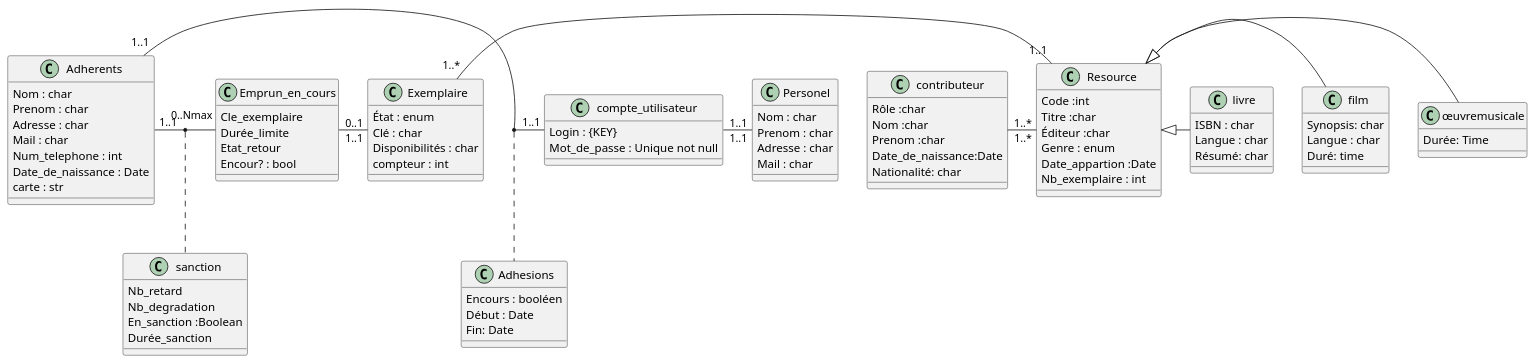
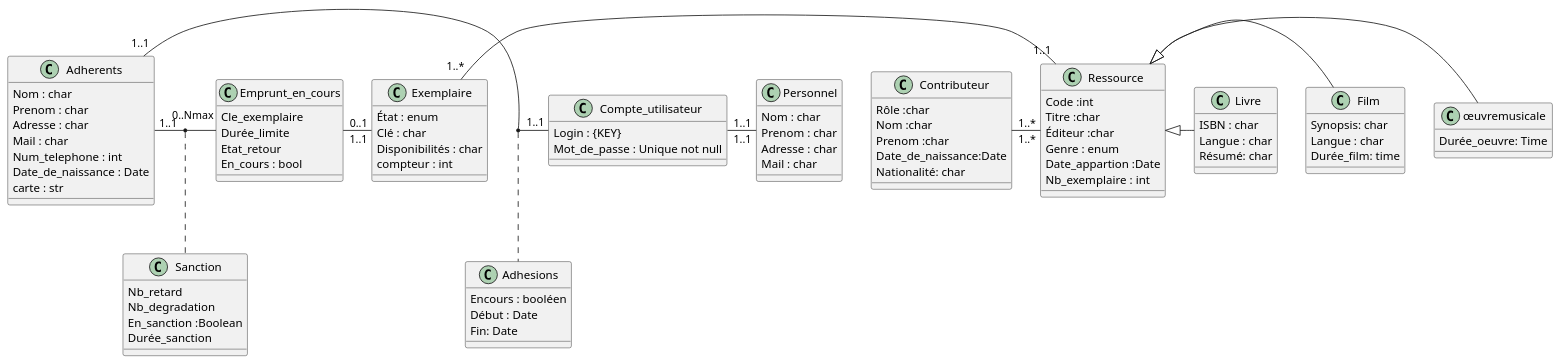
The diagram in Rendu1/UML.plantuml (opoussin/ProjetBDD_Gestion_Bibliotheque), drawn with PlantUML before and after one commit. The commit also changed 1 other file, not shown here.

Commit message:
Update Rendu1/NDC.md, Rendu1/UML.plantuml

```diff
--- a/Rendu1/UML.plantuml
+++ b/Rendu1/UML.plantuml
@@ -1,103 +1,103 @@
 @startuml
 class Adhesions {
 Encours : booléen 
 Début : Date
 Fin: Date
 }
 
 class Adherents{
 Nom : char
 Prenom : char 
 Adresse : char 
 Mail : char
 Num_telephone : int
 Date_de_naissance : Date
 carte : str 
 }
 
-class Personel{
+class Personnel{
 Nom : char
 Prenom : char 
 Adresse : char 
 Mail : char
 }
 
 class Exemplaire {
 État : enum
 Clé : char 
 Disponibilités : char 
 compteur : int 
 }
 
-Class Resource { 
+Class Ressource { 
 Code :int 
 Titre :char
 Éditeur :char
 Genre : enum
 Date_appartion :Date
 Nb_exemplaire : int
 }
 
 
 
-class livre {
+class Livre {
 ISBN : char
 Langue : char 
 Résumé: char 
 }
 
-class film {
+class Film {
 Synopsis: char
 Langue : char 
-Duré: time  
+Durée_film: time  
 }
 
 
 
 class œuvremusicale { 
-Durée: Time
+Durée_oeuvre: Time
 }
 
-Class compte_utilisateur{
+Class Compte_utilisateur{
 Login : {KEY}
 Mot_de_passe : Unique not null
 }
 
 
 
-Class sanction{
+Class Sanction{
 Nb_retard
 Nb_degradation 
 En_sanction :Boolean 
 Durée_sanction 
 }
 
 
 
-Class Emprun_en_cours{
+Class Emprunt_en_cours{
 Cle_exemplaire
 Durée_limite 
 Etat_retour
-Encour? : bool
+En_cours : bool
 }
-Class contributeur{
+Class Contributeur{
 Rôle :char
 Nom :char
 Prenom :char
 Date_de_naissance:Date 
 Nationalité: char
 }
-Resource <|- œuvremusicale
-Resource <|- film
-Resource <|- livre
+Ressource <|- œuvremusicale
+Ressource <|- Film
+Ressource <|- Livre
 
 
-Adherents "1..1" - "1..1" compte_utilisateur 
-(Adherents , compte_utilisateur ) .. Adhesions
-Emprun_en_cours "0..1" - "1..1" Exemplaire
-contributeur "1..*" - "1..*" Resource
-Adherents "1..1" - "0..Nmax" Emprun_en_cours 
-(Adherents , Emprun_en_cours ) .. sanction
-compte_utilisateur "1..1" - "1..1" Personel
-Exemplaire "1..*" - "1..1" Resource
+Adherents "1..1" - "1..1" Compte_utilisateur 
+(Adherents , Compte_utilisateur ) .. Adhesions
+Emprunt_en_cours "0..1" - "1..1" Exemplaire
+Contributeur "1..*" - "1..*" Ressource
+Adherents "1..1" - "0..Nmax" Emprunt_en_cours 
+(Adherents , Emprunt_en_cours ) .. Sanction
+Compte_utilisateur "1..1" - "1..1" Personnel
+Exemplaire "1..*" - "1..1" Ressource
 @enduml
```
